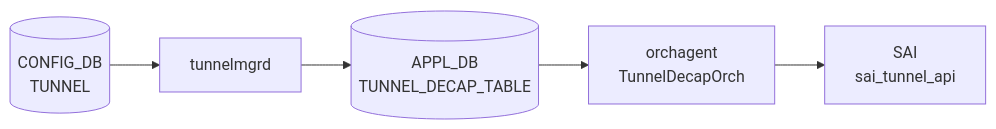
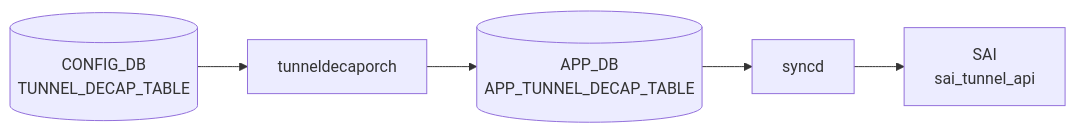
Before and after one commit to aoki-taquan/sonic-unofficial-docs: the diagram in docs/reference/config-db/tunnel-decap-table.md, drawn with Mermaid. The commit also changed 4 other files, not shown here.

Commit message:
chore(config-db): regenerate mermaid blocks after merge

````diff
--- a/docs/reference/config-db/tunnel-decap-table.md
+++ b/docs/reference/config-db/tunnel-decap-table.md
@@ -37,12 +37,12 @@
 ```mermaid
 flowchart LR
-  CDB[("CONFIG_DB<br/>TUNNEL")]
-  TMGR["tunnelmgrd"]
-  CDB --> TMGR
-  APPDB[("APPL_DB<br/>TUNNEL_DECAP_TABLE")]
-  TMGR --> APPDB
-  ORCH["orchagent<br/>TunnelDecapOrch"]
-  APPDB --> ORCH
+  CDB[("CONFIG_DB<br/>TUNNEL_DECAP_TABLE")]
+  DM["tunneldecaporch"]
+  CDB --> DM
+  APPDB[("APP_DB<br/>APP_TUNNEL_DECAP_TABLE")]
+  DM --> APPDB
+  SYNCD["syncd"]
+  APPDB --> SYNCD
   SAI["SAI<br/>sai_tunnel_api"]
-  ORCH --> SAI
+  SYNCD --> SAI
 ```
````
